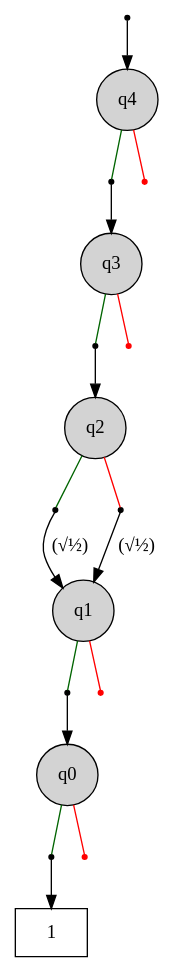
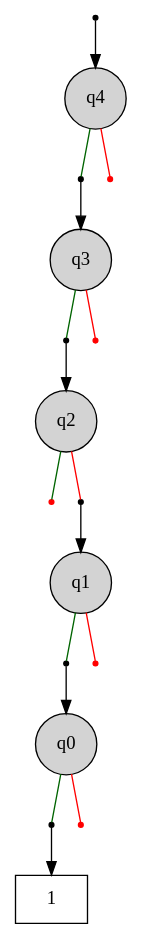
The diagram in data/1.dot (cda-tum/mqt-ddvis), drawn with Graphviz before and after one commit. The commit also changed 2 other files, not shown here.

```diff
--- a/data/1.dot
+++ b/data/1.dot
@@ -1,45 +1,44 @@
 digraph "DD" {
 graph [center=true, ordering=out];
 node [shape=circle, center=true];
 "T" [ shape = box, label="1" ];
 "R" [label="", shape=point];
 "0" [ label="q4" ,style=filled, fillcolor=lightgray ];
 "0h0"  [label="", shape=point];
 "0h2"  [label="", shape=point , fillcolor=red, color=red];
 "1" [ label="q3" ,style=filled, fillcolor=lightgray ];
 "1h0"  [label="", shape=point];
 "1h2"  [label="", shape=point , fillcolor=red, color=red];
 "2" [ label="q2" ,style=filled, fillcolor=lightgray ];
-"2h0"  [label="", shape=point];
+"2h0"  [label="", shape=point , fillcolor=red, color=red];
 "2h2"  [label="", shape=point];
 "3" [ label="q1" ,style=filled, fillcolor=lightgray ];
 "3h0"  [label="", shape=point];
 "3h2"  [label="", shape=point , fillcolor=red, color=red];
 "4" [ label="q0" ,style=filled, fillcolor=lightgray ];
 "4h0"  [label="", shape=point ];
 "4h2"  [label="", shape=point , fillcolor=red, color=red];
 
 "R" -> "0"
 {rank=same; "0h0" "0h2"}
 "0" -> "0h0" [arrowhead=none,color=darkgreen];
 "0h0" -> "1";
 "0" -> "0h2" [arrowhead=none,color=red];
 {rank=same; "1h0" "1h2"}
 "1" -> "1h0" [arrowhead=none,color=darkgreen];
 "1h0" -> "2";
 "1" -> "1h2" [arrowhead=none,color=red];
 {rank=same; "2h0" "2h2"}
 "2" -> "2h0" [arrowhead=none,color=darkgreen];
-"2h0" -> "3" [label=" (√½)" ];
 "2" -> "2h2" [arrowhead=none,color=red];
-"2h2" -> "3" [label=" (√½)" ];
+"2h2" -> "3";
 {rank=same; "3h0" "3h2"}
 "3" -> "3h0" [arrowhead=none,color=darkgreen];
 "3h0" -> "4";
 "3" -> "3h2" [arrowhead=none,color=red];
 {rank=same; "4h0" "4h2"}
 "4" -> "4h0" [arrowhead=none,color=darkgreen];
 "4h0"-> "T";
 "4" -> "4h2" [arrowhead=none,color=red];
 
 }
```
